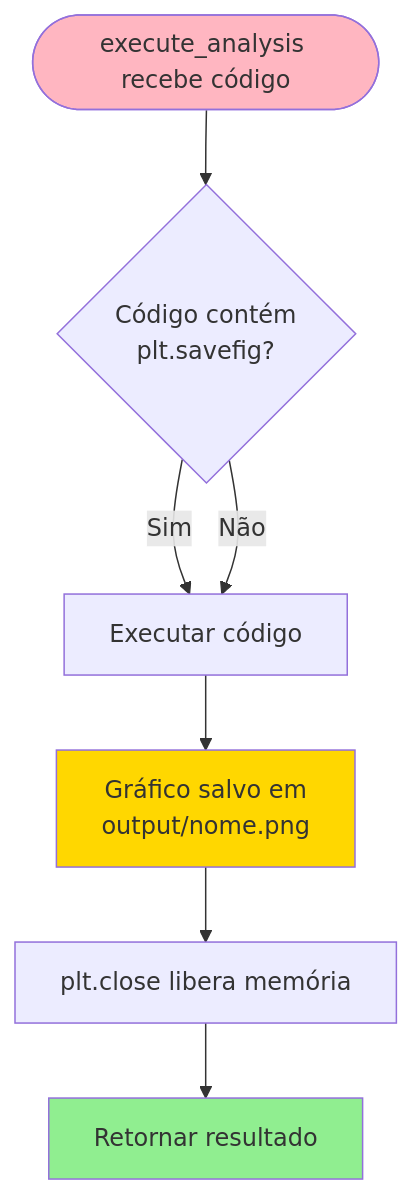
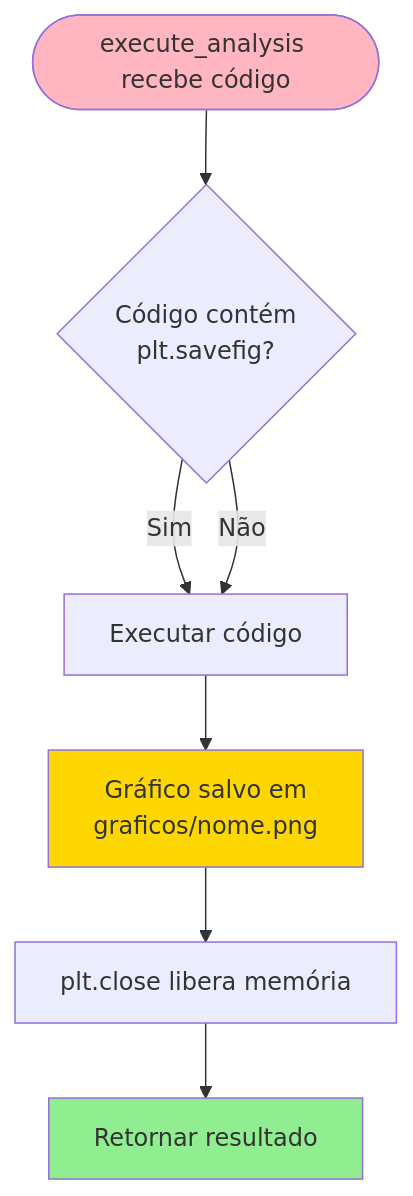
Before and after one commit to marviniDev/agent-analyzer-data: the eighth of 10 diagrams in doc/fluxograma.md, drawn with Mermaid. The commit also changed other lines of this file and 41 other files, not shown here.

````diff
--- a/doc/fluxograma.md
+++ b/doc/fluxograma.md
@@ -185,15 +185,15 @@
 ```mermaid
 flowchart TD
     Start([execute_analysis recebe código]) --> CodeHasPlot{Código contém<br/>plt.savefig?}
     
     CodeHasPlot -->|Sim| ExecCode[Executar código]
     CodeHasPlot -->|Não| ExecCode
     
-    ExecCode --> PlotSaved[Gráfico salvo em<br/>output/nome.png]
+    ExecCode --> PlotSaved[Gráfico salvo em<br/>graficos/nome.png]
     PlotSaved --> ClosePlot[plt.close libera memória]
     ClosePlot --> Return[Retornar resultado]
     
     style Start fill:#FFB6C1
     style PlotSaved fill:#FFD700
     style Return fill:#90EE90
 ```
````
